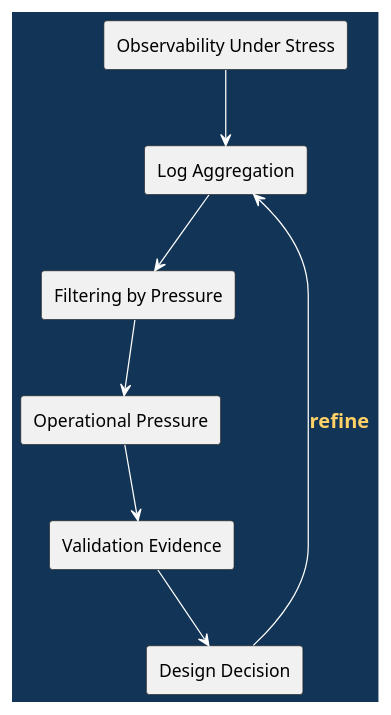
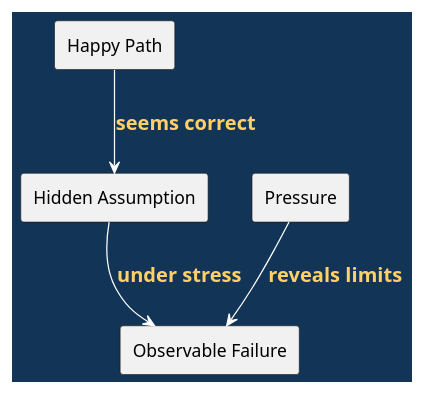
Before and after one commit to madajaju/CS5254: the first of 7 diagrams in doc/lectures/week12/observability_stress/README.slides.adoc, drawn with PlantUML. The commit also changed other lines of this file and 47 other files, not shown here.

```diff
--- a/doc/lectures/week12/observability_stress/README.slides.adoc
+++ b/doc/lectures/week12/observability_stress/README.slides.adoc
@@ -5,29 +5,27 @@
 [plantuml,width=100%]
 ----
 @startuml
 skinparam shadowing false
 skinparam backgroundColor #123456
 skinparam defaultFontColor black
 skinparam ArrowColor white
 skinparam ArrowFontColor #ffd166
 skinparam ArrowFontStyle bold
 skinparam ArrowFontSize 16
-skinparam object {
-  BackgroundColor white
-  BorderColor #123456
-  FontColor black
-}
-rectangle "Observability Under Stress" as Topic
-rectangle "Log Aggregation" as A
-rectangle "Filtering by Pressure" as B
-rectangle "Operational Pressure" as C
-rectangle "Validation Evidence" as V
-rectangle "Design Decision" as D
-Topic --> A
-A --> B
-B --> C
-C --> V
-V --> D
-D --> A : refine
+skinparam BoxBackgroundColor white
+skinparam BoxFontColor black
+skinparam BoxBorderColor #123456
+skinparam ParticipantBorderColor #123456
+skinparam ParticipantBackgroundColor white
+skinparam ParticipantFontColor black
+skinparam LifeLineBorderColor white
+skinparam LifeLineBackgroundColor white
+rectangle "Happy Path" as H
+rectangle "Pressure" as P
+rectangle "Hidden Assumption" as A
+rectangle "Observable Failure" as F
+H --> A : seems correct
+P --> F : reveals limits
+A --> F : under stress
 @enduml
 ----
```
